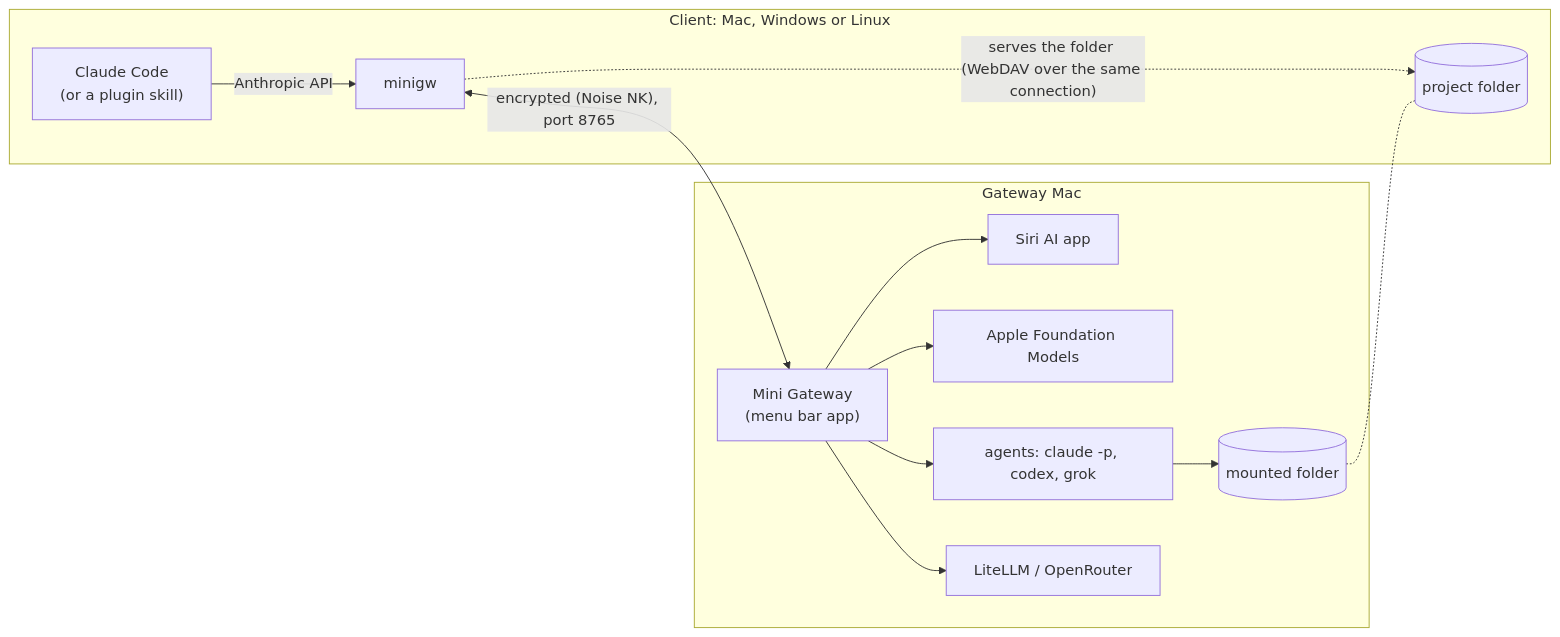
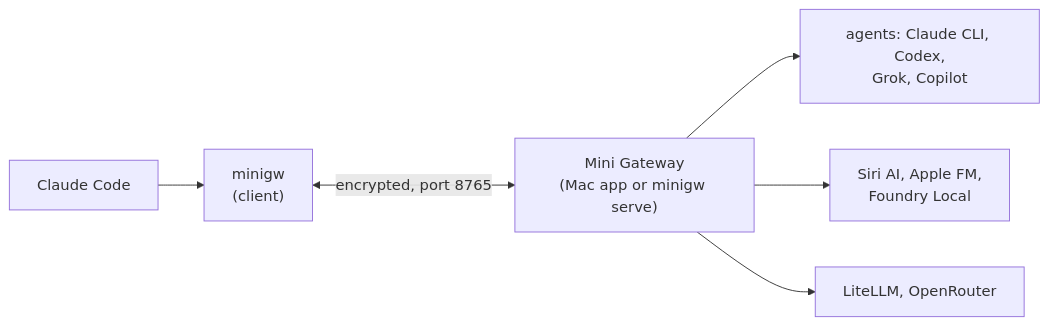
Before and after one commit to gh-commiter/mini-llm-gateway: the diagram in README.md, drawn with Mermaid. The commit also changed other lines of this file and 9 other files, not shown here.

````diff
--- a/README.md
+++ b/README.md
@@ -34,18 +19,8 @@
 ```mermaid
 flowchart LR
-  subgraph client["Client: Mac, Windows or Linux"]
-    cc["Claude Code<br/>(or a plugin skill)"] -->|"Anthropic API"| mg["minigw"]
-    folder[("project folder")]
-  end
-  mg <-->|"encrypted (Noise NK), port 8765"| gateway
-  mg -.->|"serves the folder (WebDAV over the same connection)"| folder
-  subgraph mac["Gateway Mac"]
-    gateway["Mini Gateway<br/>(menu bar app)"]
-    gateway --> siri["Siri AI app"]
-    gateway --> fm["Apple Foundation Models"]
-    gateway --> agents["agents: claude -p, codex, grok"]
-    gateway --> up["LiteLLM / OpenRouter"]
-    agents --> mount[("mounted folder")]
-  end
-  mount -.- folder
+  cc["Claude Code"] --> mg["minigw<br/>(client)"]
+  mg <-->|"encrypted, port 8765"| gw["Mini Gateway<br/>(Mac app or minigw serve)"]
+  gw --> agents["agents: Claude CLI, Codex,<br/>Grok, Copilot"]
+  gw --> local["Siri AI, Apple FM,<br/>Foundry Local"]
+  gw --> up["LiteLLM, OpenRouter"]
 ```
````
